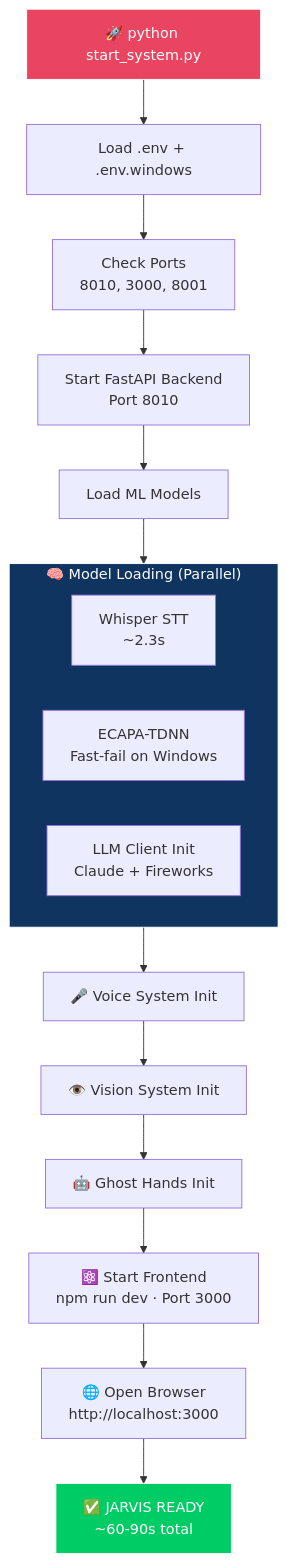
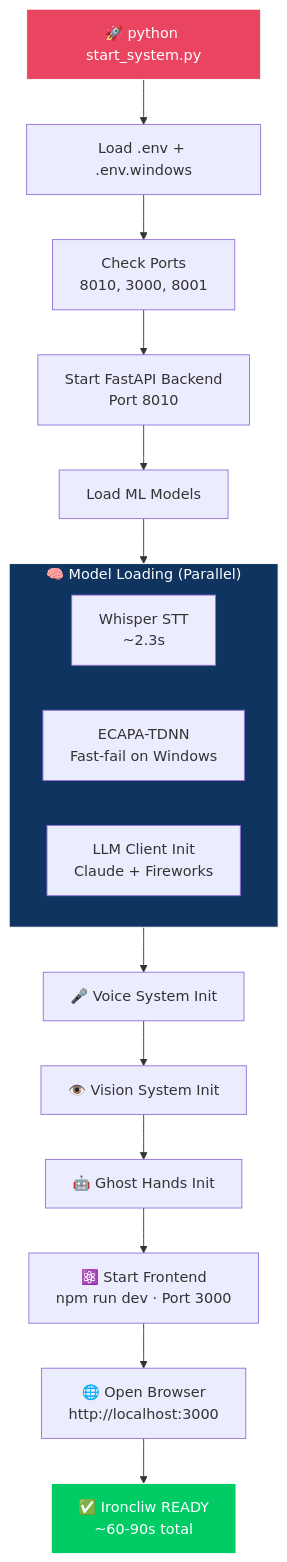
Diagram 12 of 13 in README.md (nandkishorrathodk-art/Ironcliw-ai), drawn with Mermaid before and after one commit. The commit also changed other lines of this file and 2439 other files, not shown here.

````diff
--- a/README.md
+++ b/README.md
@@ -1075,26 +1173,26 @@
 ```mermaid
 graph TB
     START["🚀 python start_system.py"] --> ENV["Load .env + .env.windows"]
     ENV --> PORTS["Check Ports<br/>8010, 3000, 8001"]
     PORTS --> BACKEND["Start FastAPI Backend<br/>Port 8010"]
     BACKEND --> MODELS["Load ML Models"]
     
     subgraph ModelLoading["🧠 Model Loading (Parallel)"]
         WHI["Whisper STT<br/>~2.3s"]
         ECAPA_L["ECAPA-TDNN<br/>Fast-fail on Windows"]
         LLM_INIT["LLM Client Init<br/>Claude + Fireworks"]
     end
     
     MODELS --> ModelLoading
     
     ModelLoading --> VOICE_INIT["🎤 Voice System Init"]
     VOICE_INIT --> VISION_INIT["👁️ Vision System Init"]
     VISION_INIT --> GH_INIT["🤖 Ghost Hands Init"]
     GH_INIT --> FRONTEND["⚛️ Start Frontend<br/>npm run dev · Port 3000"]
     FRONTEND --> BROWSER["🌐 Open Browser<br/>http://localhost:3000"]
-    BROWSER --> READY["✅ JARVIS READY<br/>~60-90s total"]
+    BROWSER --> READY["✅ Ironcliw READY<br/>~60-90s total"]
 
     style START fill:#e94560,stroke:#fff,color:#fff
     style READY fill:#00cc66,stroke:#fff,color:#fff
     style ModelLoading fill:#0f3460,stroke:#fff,color:#fff
 ```
````
